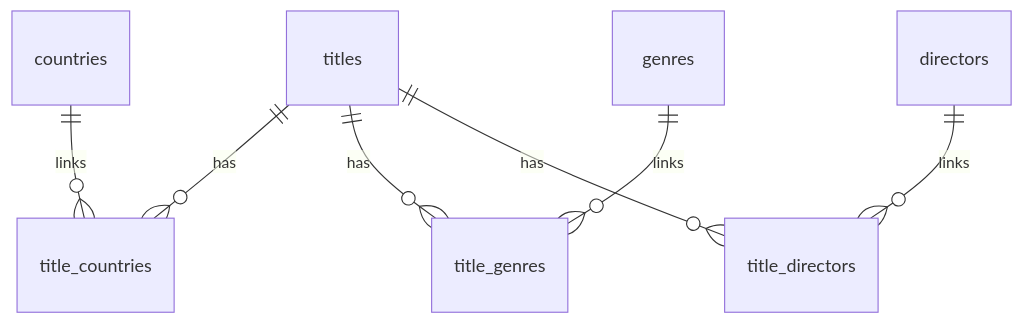
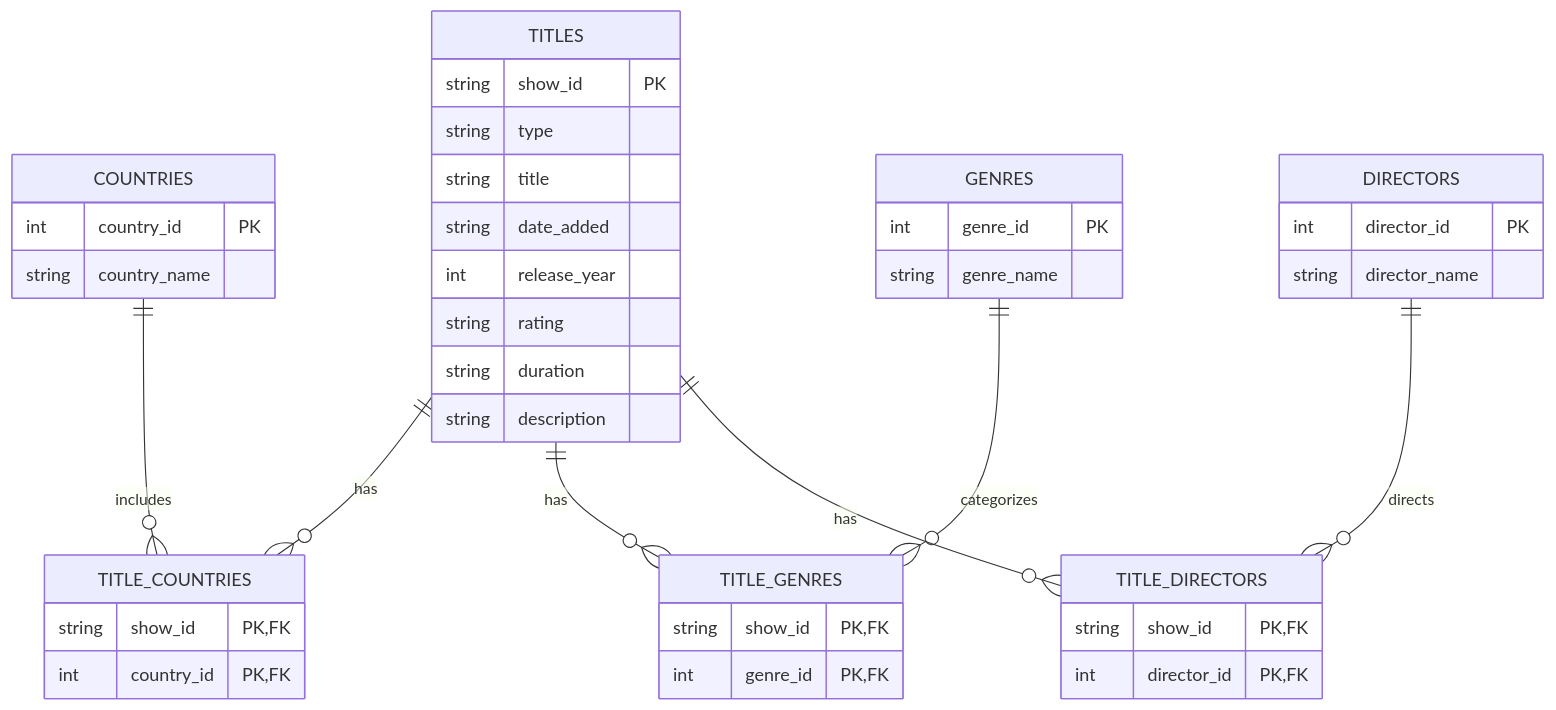
Before and after one commit to SubistaKunwar/netflix-analysis: the diagram in database/ERD.md, drawn with Mermaid. The commit also changed other lines of this file and 4 other files, not shown here.

````diff
--- a/database/ERD.md
+++ b/database/ERD.md
@@ -8,9 +6,52 @@
 ```mermaid
 erDiagram
-    titles ||--o{ title_countries : has
-    countries ||--o{ title_countries : links
-    titles ||--o{ title_genres : has
-    genres ||--o{ title_genres : links
-    titles ||--o{ title_directors : has
-    directors ||--o{ title_directors : links
+    TITLES {
+        string show_id PK
+        string type
+        string title
+        string date_added
+        int release_year
+        string rating
+        string duration
+        string description
+    }
+
+    COUNTRIES {
+        int country_id PK
+        string country_name
+    }
+
+    TITLE_COUNTRIES {
+        string show_id PK, FK
+        int country_id PK, FK
+    }
+
+    GENRES {
+        int genre_id PK
+        string genre_name
+    }
+
+    TITLE_GENRES {
+        string show_id PK, FK
+        int genre_id PK, FK
+    }
+
+    DIRECTORS {
+        int director_id PK
+        string director_name
+    }
+
+    TITLE_DIRECTORS {
+        string show_id PK, FK
+        int director_id PK, FK
+    }
+
+    TITLES ||--o{ TITLE_COUNTRIES : has
+    COUNTRIES ||--o{ TITLE_COUNTRIES : includes
+
+    TITLES ||--o{ TITLE_GENRES : has
+    GENRES ||--o{ TITLE_GENRES : categorizes
+
+    TITLES ||--o{ TITLE_DIRECTORS : has
+    DIRECTORS ||--o{ TITLE_DIRECTORS : directs
 ```
````
